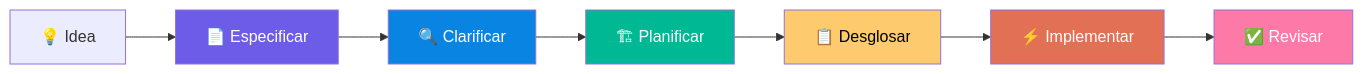
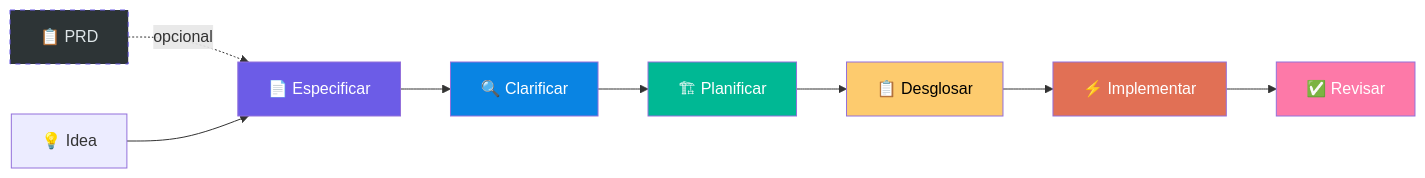
Before and after one commit to doncheli/don-cheli-sdd: the diagram in README.es.md, drawn with Mermaid. The commit also changed other lines of this file and 14 other files, not shown here.

First line of the commit message:
feat: integrar PRD como fase 0 opcional en el pipeline SDD

````diff
--- a/README.es.md
+++ b/README.es.md
@@ -164,16 +164,18 @@
 ```mermaid
 flowchart LR
+    P["📋 PRD"] -.->|opcional| B
     A["💡 Idea"] --> B["📄 Especificar"]
     B --> C["🔍 Clarificar"]
     C --> D["🏗 Planificar"]
     D --> E["📋 Desglosar"]
     E --> F["⚡ Implementar"]
     F --> G["✅ Revisar"]
 
+    style P fill:#2d3436,color:#dfe6e9,stroke:#6c5ce7,stroke-dasharray: 5 5
     style B fill:#6c5ce7,color:#fff
     style C fill:#0984e3,color:#fff
     style D fill:#00b894,color:#fff
     style E fill:#fdcb6e,color:#000
     style F fill:#e17055,color:#fff
     style G fill:#fd79a8,color:#fff
 ```
````
